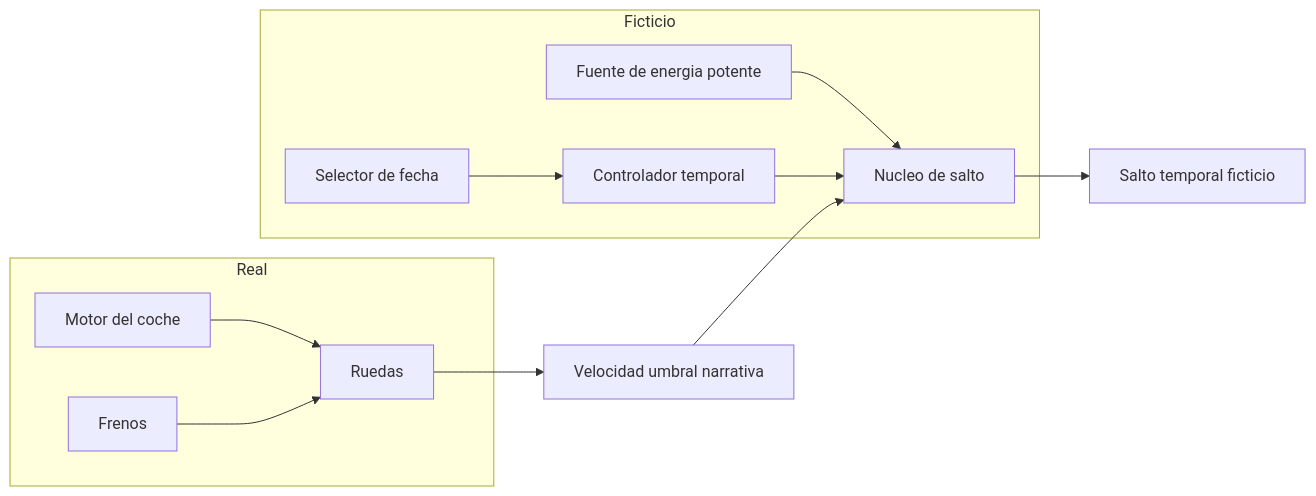
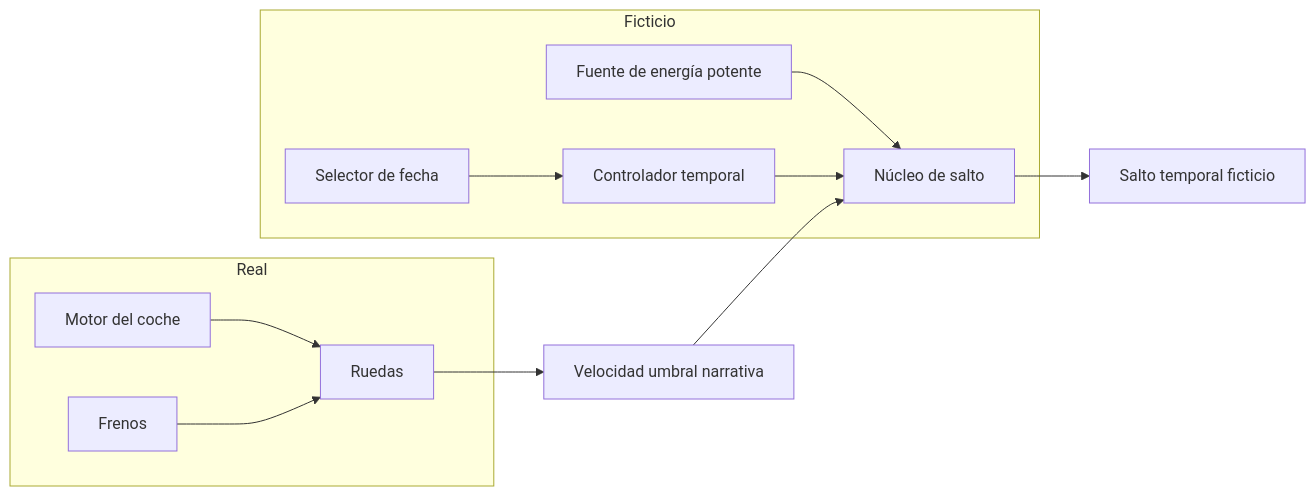
The first of 3 diagrams in vehiculos-fantasticos/delorean/operacion/sistemas-mecanicos-delorean.md (vladimiracunadev-create/machine-operator-program), drawn with Mermaid before and after one commit. The commit also changed other lines of this file and 442 other files, not shown here.

````diff
--- a/vehiculos-fantasticos/delorean/operacion/sistemas-mecanicos-delorean.md
+++ b/vehiculos-fantasticos/delorean/operacion/sistemas-mecanicos-delorean.md
@@ -16,15 +16,15 @@
 ```mermaid
 flowchart LR
     subgraph Real
         Motor[Motor del coche] --> Ruedas[Ruedas]
         Frenos[Frenos] --> Ruedas
     end
     subgraph Ficticio
-        Fuente[Fuente de energia potente] --> Nucleo[Nucleo de salto]
+        Fuente[Fuente de energía potente] --> Nucleo[Núcleo de salto]
         Control[Controlador temporal] --> Nucleo
         Destino[Selector de fecha] --> Control
     end
     Ruedas --> Umbral[Velocidad umbral narrativa]
     Umbral --> Nucleo
     Nucleo --> Salto[Salto temporal ficticio]
 ```
````
